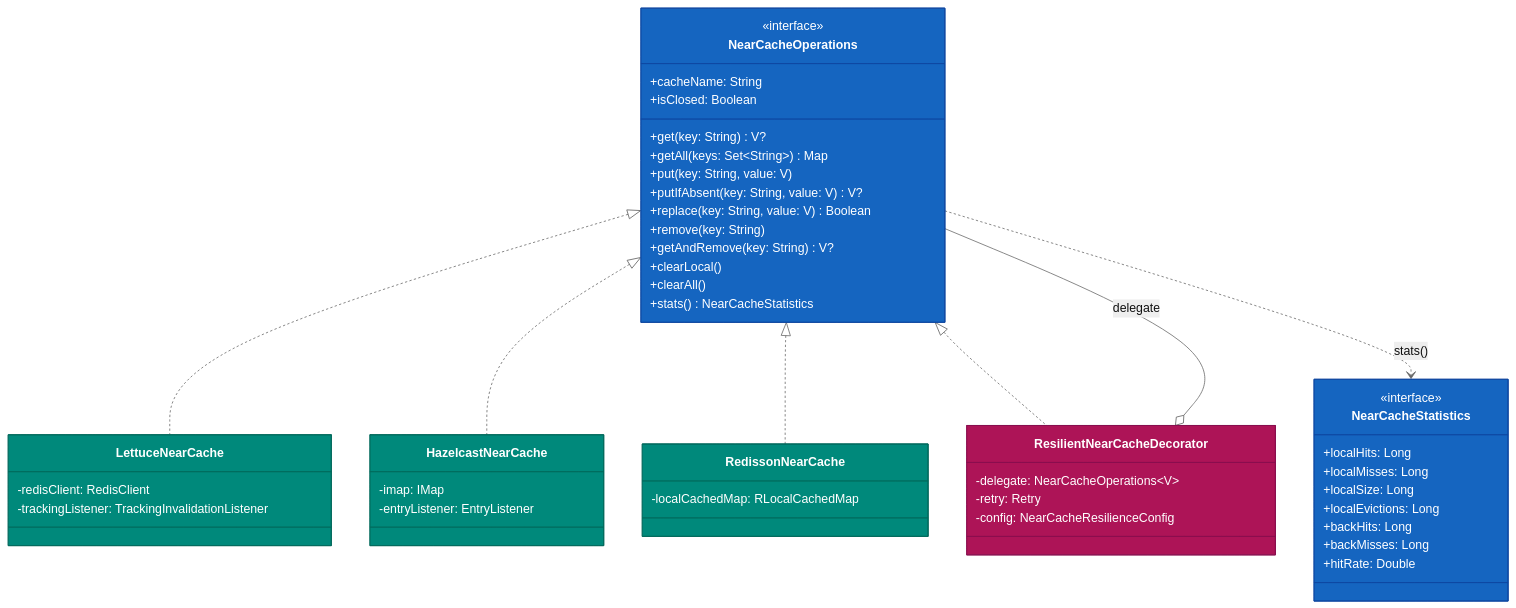
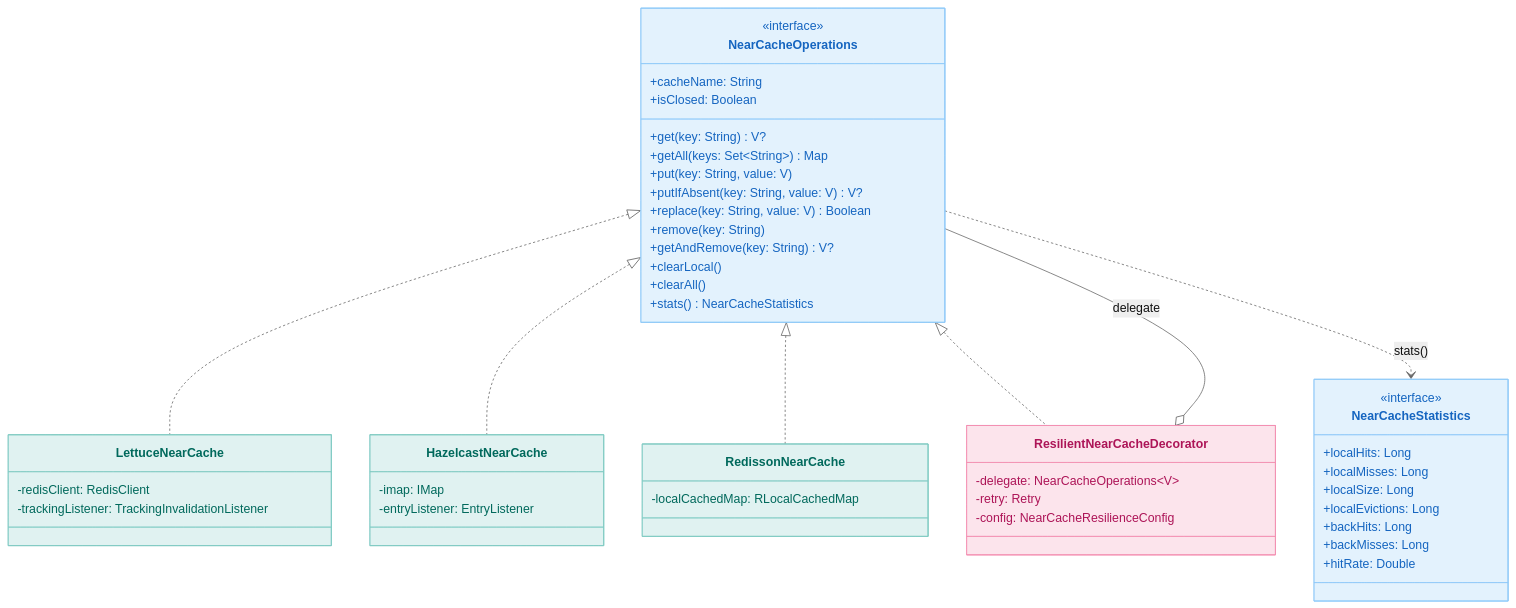
One commit to bluetape4k/bluetape4k-projects changed the third of 7 diagrams in infra/cache-core/README.ko.md. Above: the diagram before and after it, drawn with Mermaid (neutral theme). The commit also changed other lines of this file and 219 other files, not shown here.

First line of the commit message:
docs: 전체 README Mermaid 다이어그램 가이드 적용

````diff
--- a/infra/cache-core/README.ko.md
+++ b/infra/cache-core/README.ko.md
@@ -100,64 +88,64 @@
 ```mermaid
 classDiagram
     class NearCacheOperations {
         <<interface>>
         +cacheName: String
         +isClosed: Boolean
         +get(key: String) V?
         +getAll(keys: Set~String~) Map
         +put(key: String, value: V)
         +putIfAbsent(key: String, value: V) V?
         +replace(key: String, value: V) Boolean
         +remove(key: String)
         +getAndRemove(key: String) V?
         +clearLocal()
         +clearAll()
         +stats() NearCacheStatistics
     }
 
     class NearCacheStatistics {
         <<interface>>
         +localHits: Long
         +localMisses: Long
         +localSize: Long
         +localEvictions: Long
         +backHits: Long
         +backMisses: Long
         +hitRate: Double
     }
 
     class ResilientNearCacheDecorator {
         -delegate: NearCacheOperations~V~
         -retry: Retry
         -config: NearCacheResilienceConfig
     }
 
     class LettuceNearCache {
         -redisClient: RedisClient
         -trackingListener: TrackingInvalidationListener
     }
 
     class HazelcastNearCache {
         -imap: IMap
         -entryListener: EntryListener
     }
 
     class RedissonNearCache {
         -localCachedMap: RLocalCachedMap
     }
 
     NearCacheOperations <|.. LettuceNearCache
     NearCacheOperations <|.. HazelcastNearCache
     NearCacheOperations <|.. RedissonNearCache
     NearCacheOperations <|.. ResilientNearCacheDecorator
     NearCacheOperations --o ResilientNearCacheDecorator : delegate
     NearCacheOperations ..> NearCacheStatistics : stats()
 
-    style NearCacheOperations fill:#1565C0,stroke:#0D47A1,color:#FFFFFF
-    style NearCacheStatistics fill:#1565C0,stroke:#0D47A1,color:#FFFFFF
-    style ResilientNearCacheDecorator fill:#AD1457,stroke:#880E4F,color:#FFFFFF
-    style LettuceNearCache fill:#00897B,stroke:#00695C,color:#FFFFFF
-    style HazelcastNearCache fill:#00897B,stroke:#00695C,color:#FFFFFF
-    style RedissonNearCache fill:#00897B,stroke:#00695C,color:#FFFFFF
+    style NearCacheOperations fill:#E3F2FD,stroke:#90CAF9,color:#1565C0
+    style NearCacheStatistics fill:#E3F2FD,stroke:#90CAF9,color:#1565C0
+    style ResilientNearCacheDecorator fill:#FCE4EC,stroke:#F48FB1,color:#AD1457
+    style LettuceNearCache fill:#E0F2F1,stroke:#80CBC4,color:#00695C
+    style HazelcastNearCache fill:#E0F2F1,stroke:#80CBC4,color:#00695C
+    style RedissonNearCache fill:#E0F2F1,stroke:#80CBC4,color:#00695C
 
 ```
````
